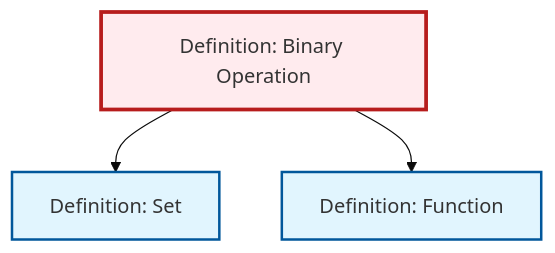
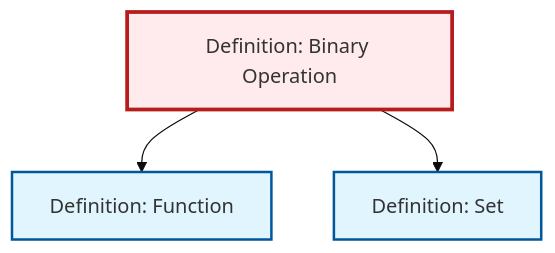
The diagram in content/en/algebra/def-binary-operation.qmd (RK0429/ModernMath), drawn with Mermaid (base theme) before and after one commit. The commit also changed other lines of this file and 634 other files, not shown here.

````diff
--- a/content/en/algebra/def-binary-operation.qmd
+++ b/content/en/algebra/def-binary-operation.qmd
@@ -53,17 +53,17 @@
 ```{mermaid}
 %%| fig-cap: "Local dependency graph"
 graph TD
     classDef definition fill:#e1f5fe,stroke:#01579b,stroke-width:2px
     classDef theorem fill:#f3e5f5,stroke:#4a148c,stroke-width:2px
     classDef axiom fill:#fff3e0,stroke:#e65100,stroke-width:2px
     classDef example fill:#e8f5e9,stroke:#1b5e20,stroke-width:2px
     classDef current fill:#ffebee,stroke:#b71c1c,stroke-width:3px
+    def-function["Definition: Function"]:::definition
     def-binary-operation["Definition: Binary Operation"]:::definition
-    def-function["Definition: Function"]:::definition
     def-set["Definition: Set"]:::definition
+    def-binary-operation --> def-function
     def-binary-operation --> def-set
-    def-binary-operation --> def-function
     class def-binary-operation current
     click def-function "def-function.html" "Go to Function definition"
     click def-set "def-set.html" "Go to Set definition"
 ```
````
